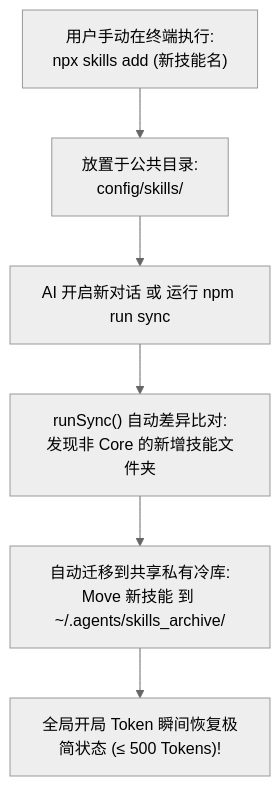
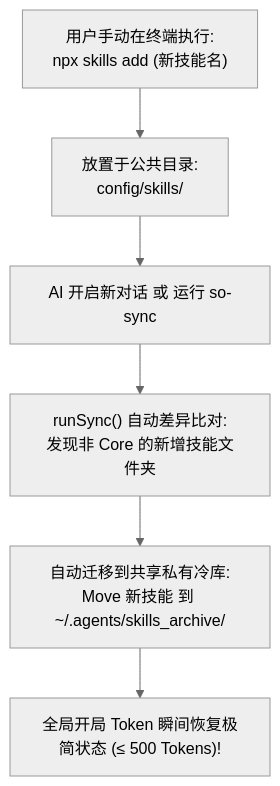
The second of 2 diagrams in README_CN.md (amasun/skill-orchestrator), drawn with Mermaid (neutral theme) before and after one commit. The commit also changed other lines of this file and 1 other file, not shown here.

````diff
--- a/README_CN.md
+++ b/README_CN.md
@@ -206,8 +107,8 @@
 ```mermaid
 flowchart TD
     UserAction["用户手动在终端执行:<br>npx skills add (新技能名)"] --> PublicFolder["放置于公共目录:<br>config/skills/"]
-    PublicFolder --> Trigger["AI 开启新对话 或 运行 npm run sync"]
+    PublicFolder --> Trigger["AI 开启新对话 或 运行 so-sync"]
     Trigger --> Detect["runSync() 自动差异比对:<br>发现非 Core 的新增技能文件夹"]
     Detect --> Migrate["自动迁移到共享私有冷库:<br>Move 新技能 到 ~/.agents/skills_archive/"]
     Migrate --> Result["全局开局 Token 瞬间恢复极简状态 (&le; 500 Tokens)!"]
 ```
````
